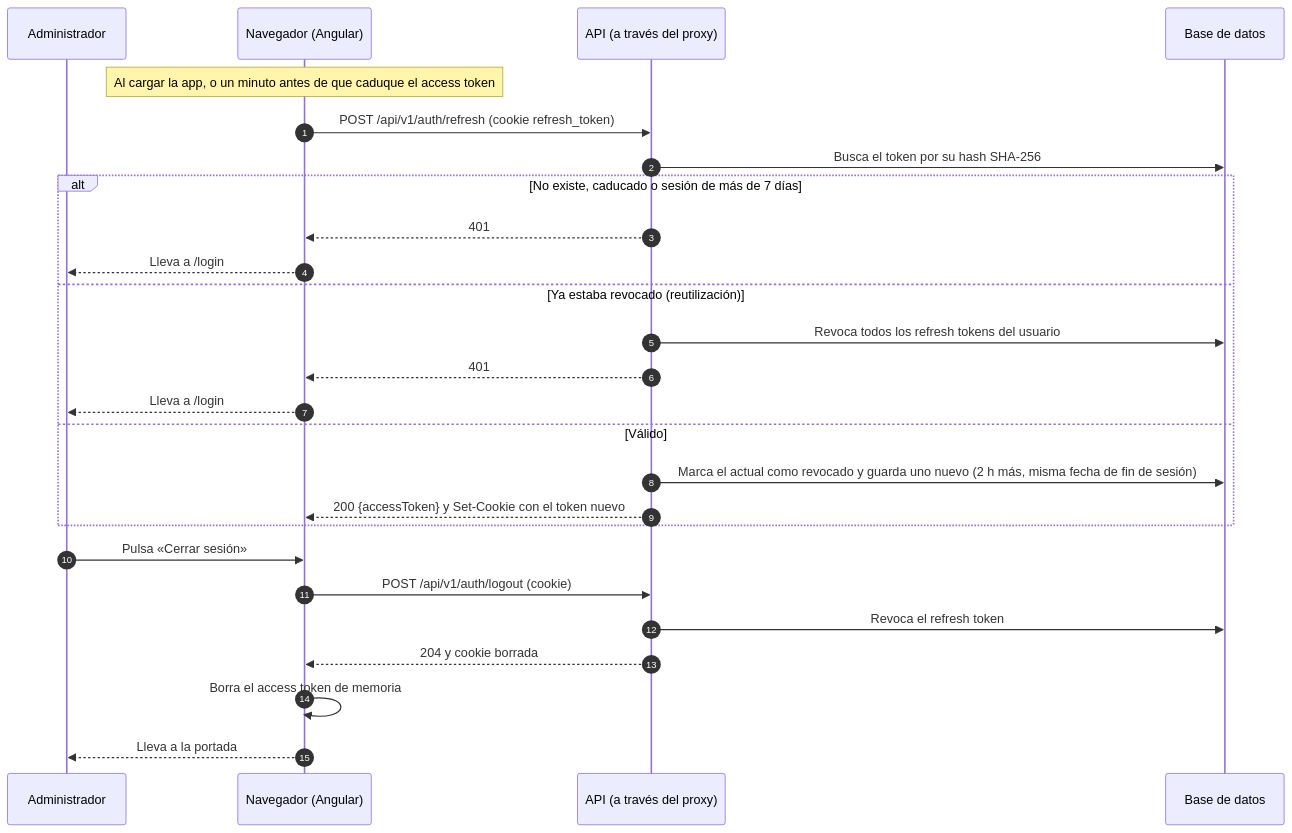
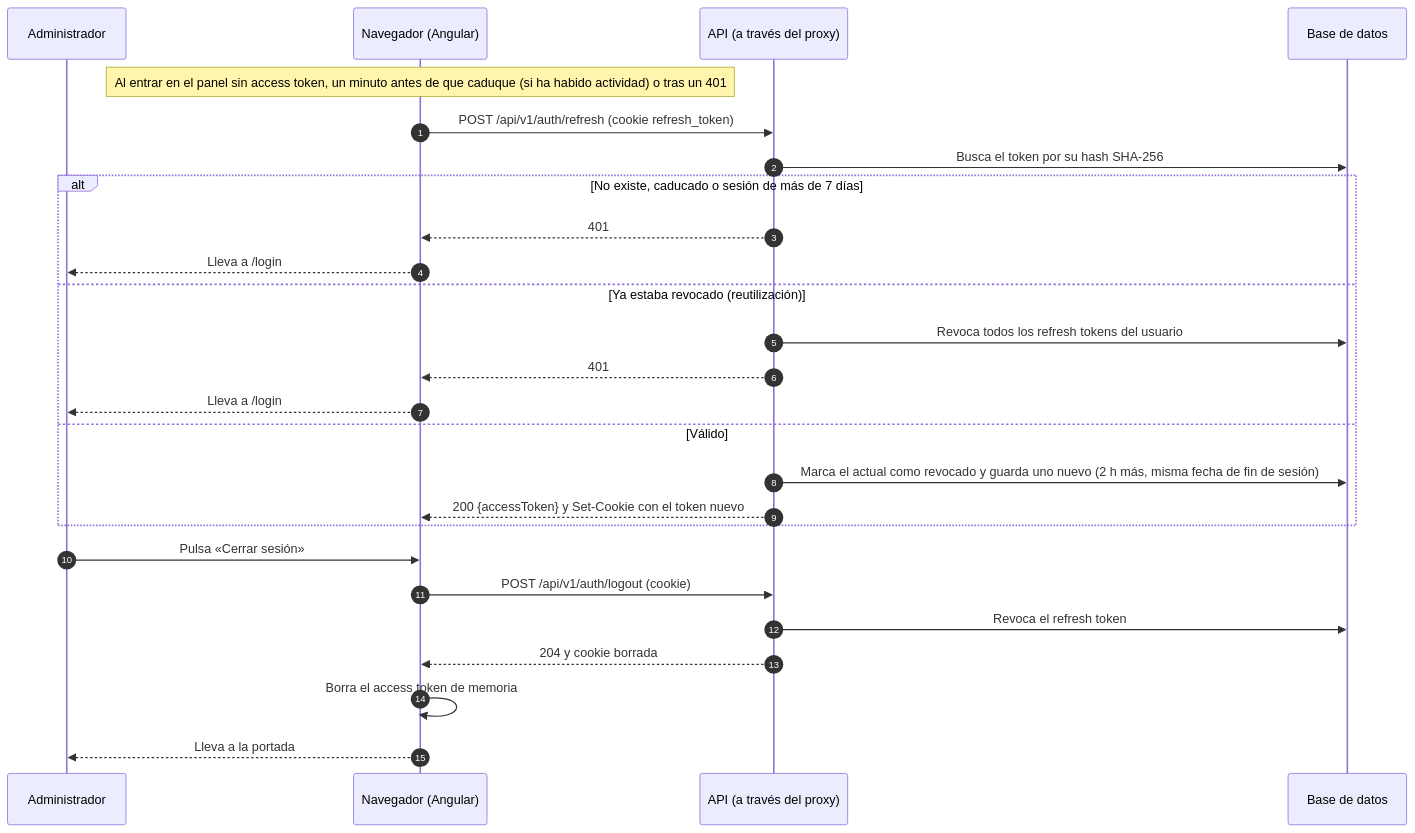
The diagram in docs/06-diagramas/secuencia-sesion.md (RodrigoSanmartinAlaejos/los-chicharros-vc), drawn with Mermaid before and after one commit. The commit also changed other lines of this file and 23 other files, not shown here.

````diff
--- a/docs/06-diagramas/secuencia-sesion.md
+++ b/docs/06-diagramas/secuencia-sesion.md
@@ -7,28 +7,28 @@
 ```mermaid
 sequenceDiagram
     autonumber
     participant A as Administrador
     participant N as Navegador (Angular)
     participant API as API (a través del proxy)
     participant DB as Base de datos
-    Note over N: Al cargar la app, o un minuto antes de que caduque el access token
+    Note over N: Al entrar en el panel sin access token, un minuto antes de que caduque (si ha habido actividad) o tras un 401
     N->>API: POST /api/v1/auth/refresh (cookie refresh_token)
     API->>DB: Busca el token por su hash SHA-256
     alt No existe, caducado o sesión de más de 7 días
         API-->>N: 401
         N-->>A: Lleva a /login
     else Ya estaba revocado (reutilización)
         API->>DB: Revoca todos los refresh tokens del usuario
         API-->>N: 401
         N-->>A: Lleva a /login
     else Válido
         API->>DB: Marca el actual como revocado y guarda uno nuevo (2 h más, misma fecha de fin de sesión)
         API-->>N: 200 {accessToken} y Set-Cookie con el token nuevo
     end
     A->>N: Pulsa «Cerrar sesión»
     N->>API: POST /api/v1/auth/logout (cookie)
     API->>DB: Revoca el refresh token
     API-->>N: 204 y cookie borrada
     N->>N: Borra el access token de memoria
     N-->>A: Lleva a la portada
 ```
````
